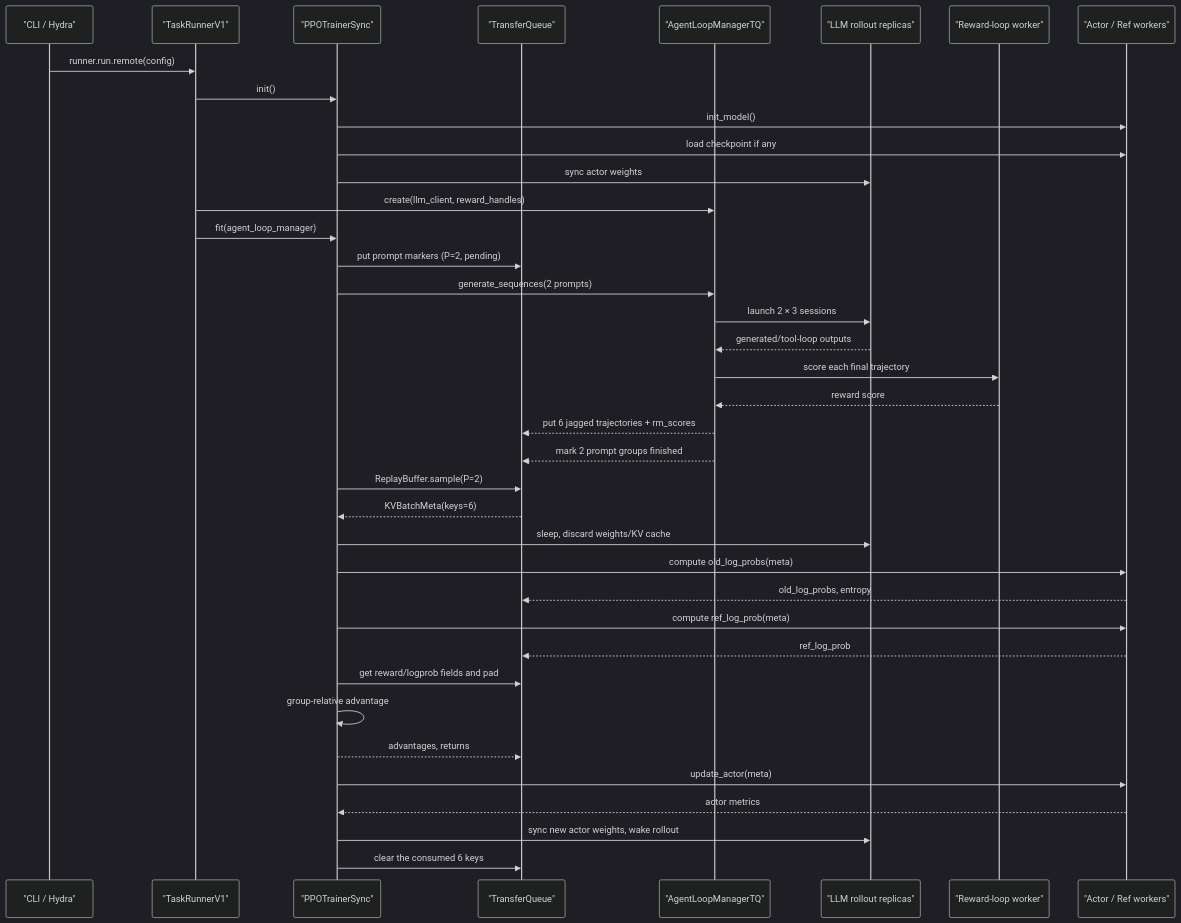
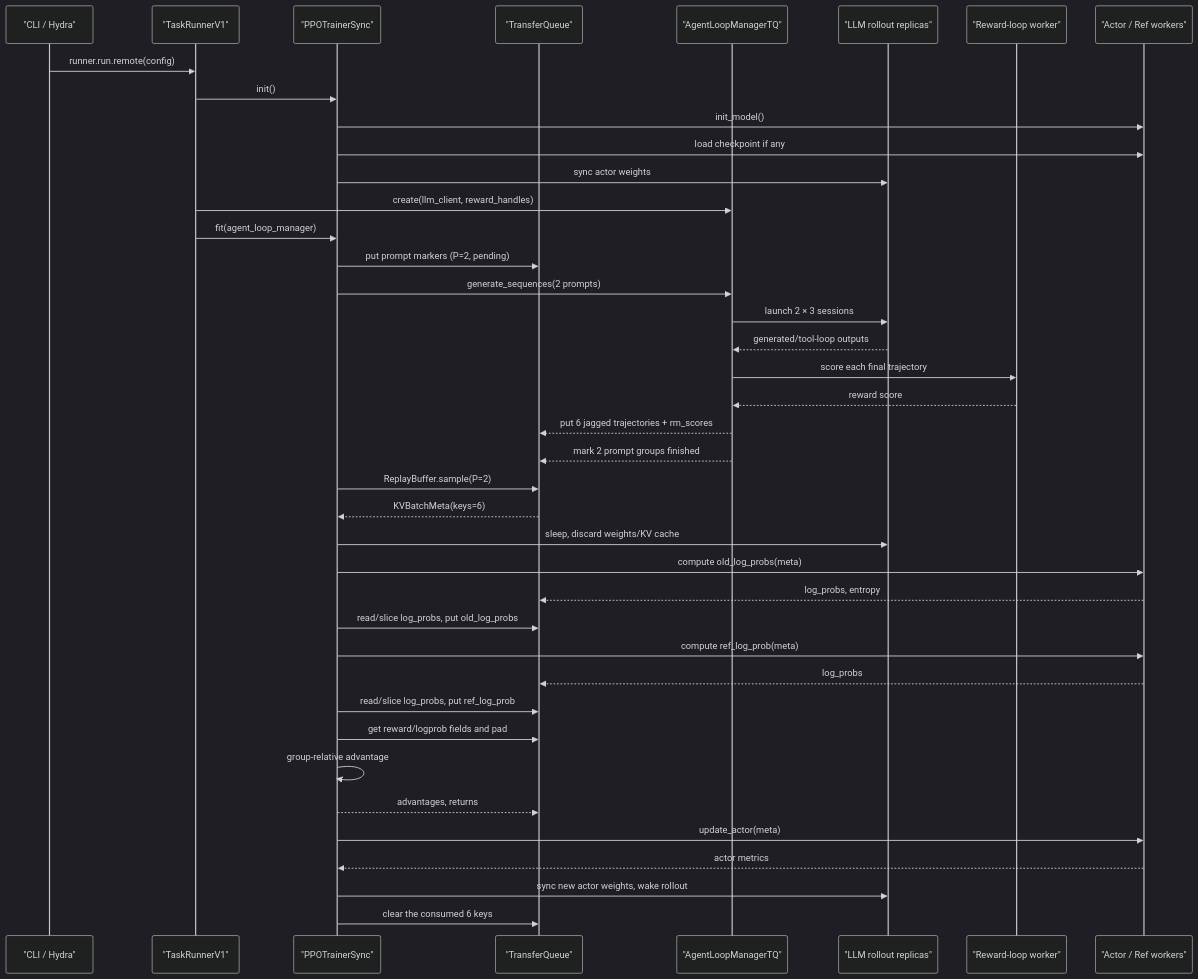
One commit to BiboyQG/learn-verl changed the diagram in docs-site/content/12_end_to_end_training_flow.md. Above: the diagram before and after it, drawn with Mermaid (dark theme). The commit also changed other lines of this file and 16 other files, not shown here.

````diff
--- a/docs-site/content/12_end_to_end_training_flow.md
+++ b/docs-site/content/12_end_to_end_training_flow.md
@@ -371,43 +371,45 @@
 ```mermaid
 sequenceDiagram
     participant CLI as "CLI / Hydra"
     participant Runner as "TaskRunnerV1"
     participant Trainer as "PPOTrainerSync"
     participant TQ as "TransferQueue"
     participant Agent as "AgentLoopManagerTQ"
     participant Rollout as "LLM rollout replicas"
     participant Reward as "Reward-loop worker"
     participant Worker as "Actor / Ref workers"
 
     CLI->>Runner: runner.run.remote(config)
     Runner->>Trainer: init()
     Trainer->>Worker: init_model()
     Trainer->>Worker: load checkpoint if any
     Trainer->>Rollout: sync actor weights
     Runner->>Agent: create(llm_client, reward_handles)
     Runner->>Trainer: fit(agent_loop_manager)
 
     Trainer->>TQ: put prompt markers (P=2, pending)
     Trainer->>Agent: generate_sequences(2 prompts)
     Agent->>Rollout: launch 2 × 3 sessions
     Rollout-->>Agent: generated/tool-loop outputs
     Agent->>Reward: score each final trajectory
     Reward-->>Agent: reward score
     Agent-->>TQ: put 6 jagged trajectories + rm_scores
     Agent-->>TQ: mark 2 prompt groups finished
 
     Trainer->>TQ: ReplayBuffer.sample(P=2)
     TQ-->>Trainer: KVBatchMeta(keys=6)
     Trainer->>Rollout: sleep, discard weights/KV cache
     Trainer->>Worker: compute old_log_probs(meta)
-    Worker-->>TQ: old_log_probs, entropy
+    Worker-->>TQ: log_probs, entropy
+    Trainer->>TQ: read/slice log_probs, put old_log_probs
     Trainer->>Worker: compute ref_log_prob(meta)
-    Worker-->>TQ: ref_log_prob
+    Worker-->>TQ: log_probs
+    Trainer->>TQ: read/slice log_probs, put ref_log_prob
     Trainer->>TQ: get reward/logprob fields and pad
     Trainer->>Trainer: group-relative advantage
     Trainer-->>TQ: advantages, returns
     Trainer->>Worker: update_actor(meta)
     Worker-->>Trainer: actor metrics
     Trainer->>Rollout: sync new actor weights, wake rollout
     Trainer->>TQ: clear the consumed 6 keys
 ```
````
